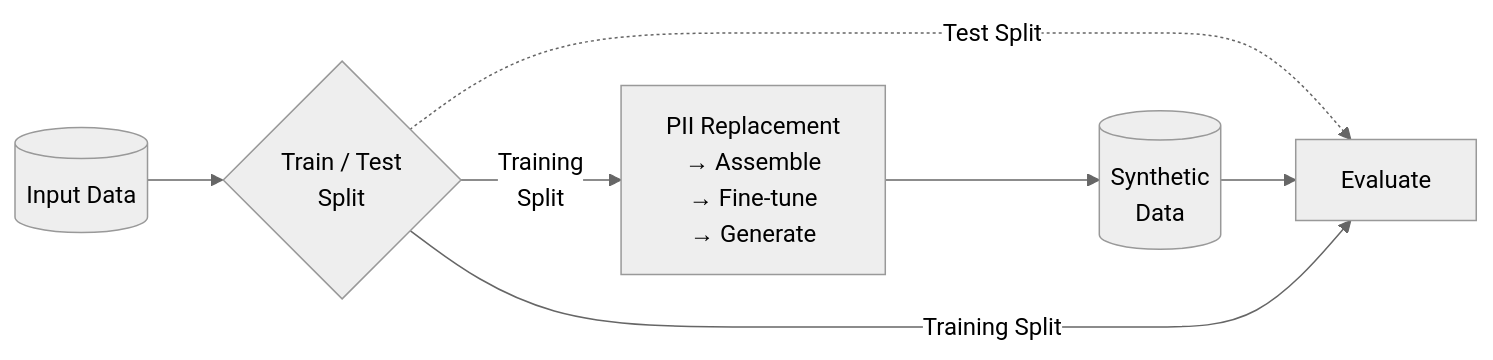
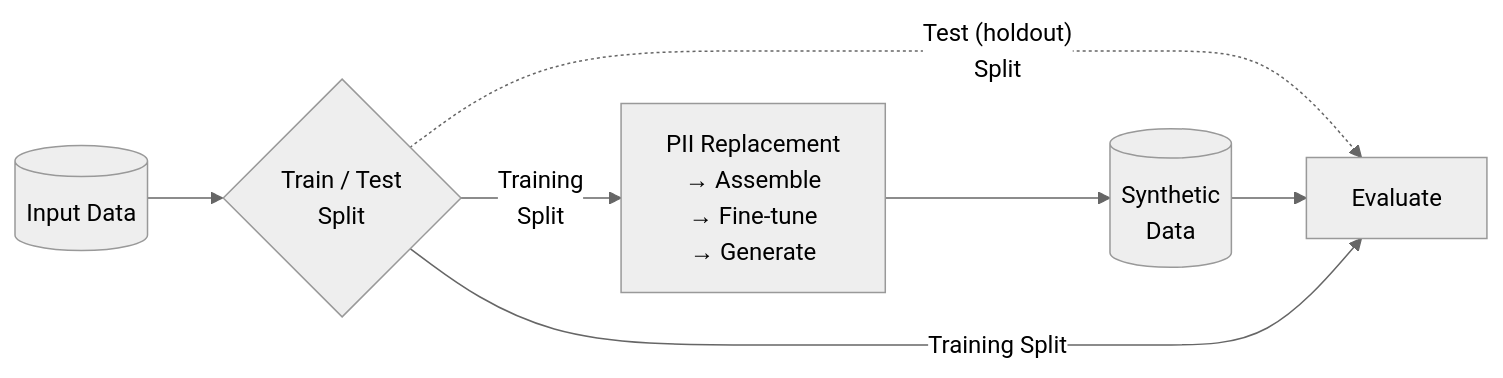
Before and after one commit to NVIDIA-NeMo/Safe-Synthesizer: the diagram in docs/product-overview/evaluation.md, drawn with Mermaid (neutral theme). The commit also changed other lines of this file and 1 other file, not shown here.

Commit message:
clarify that holdout is test and test is holdout

````diff
--- a/docs/product-overview/evaluation.md
+++ b/docs/product-overview/evaluation.md
@@ -16,10 +16,10 @@
 ```mermaid
 flowchart LR
     data[("Input Data")]
     data --> split{"Train / Test\nSplit"}
     split -- "Training\nSplit" --> pipeline["PII Replacement\n→ Assemble\n→ Fine-tune\n→ Generate"]
-    split -. "Test Split" .-> evaluate
+    split -. "Test (holdout)\nSplit" .-> evaluate
     pipeline --> synthetic[("Synthetic\nData")]
     synthetic --> evaluate["Evaluate"]
     split -- "Training Split" --> evaluate
 ```
````
